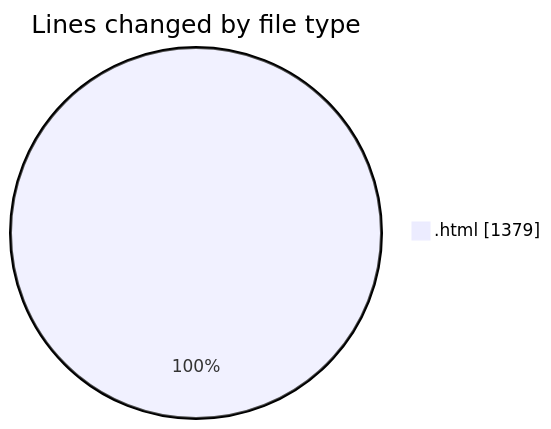
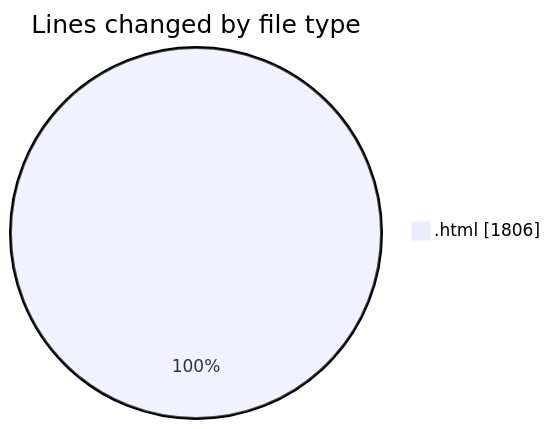
Before and after one commit to vahidmafi/code-tracking: the first of 2 diagrams in 2025-06-27/horizon/README.md, drawn with Mermaid. The commit also changed other lines of this file and 1 other file, not shown here.

````diff
--- a/2025-06-27/horizon/README.md
+++ b/2025-06-27/horizon/README.md
@@ -21,5 +21,5 @@
 ```mermaid
 pie showData
 title Lines changed by file type
-".html" : 1379
+".html" : 1806
 ```
````
